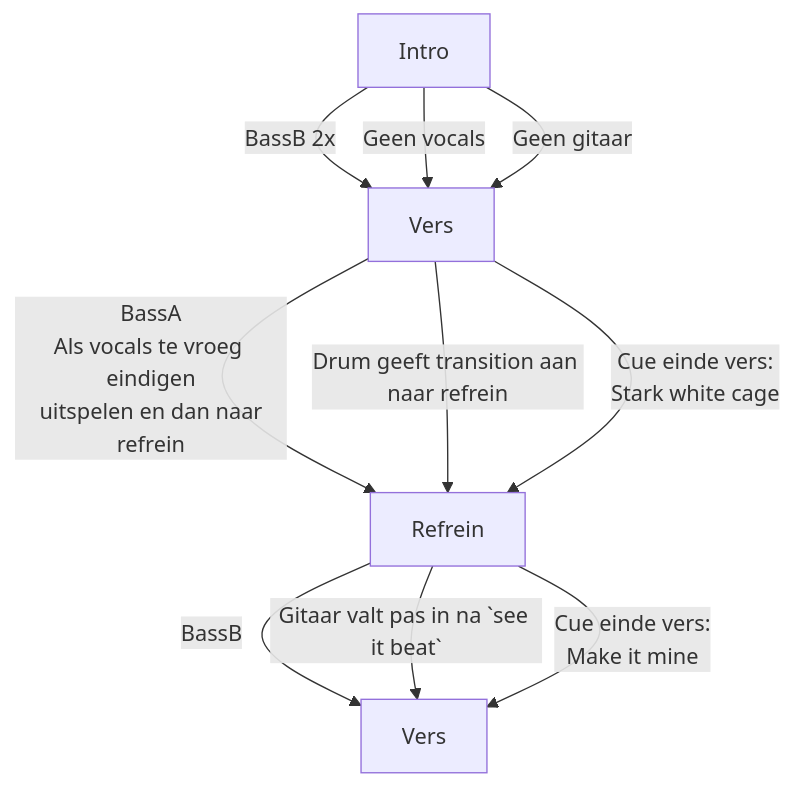
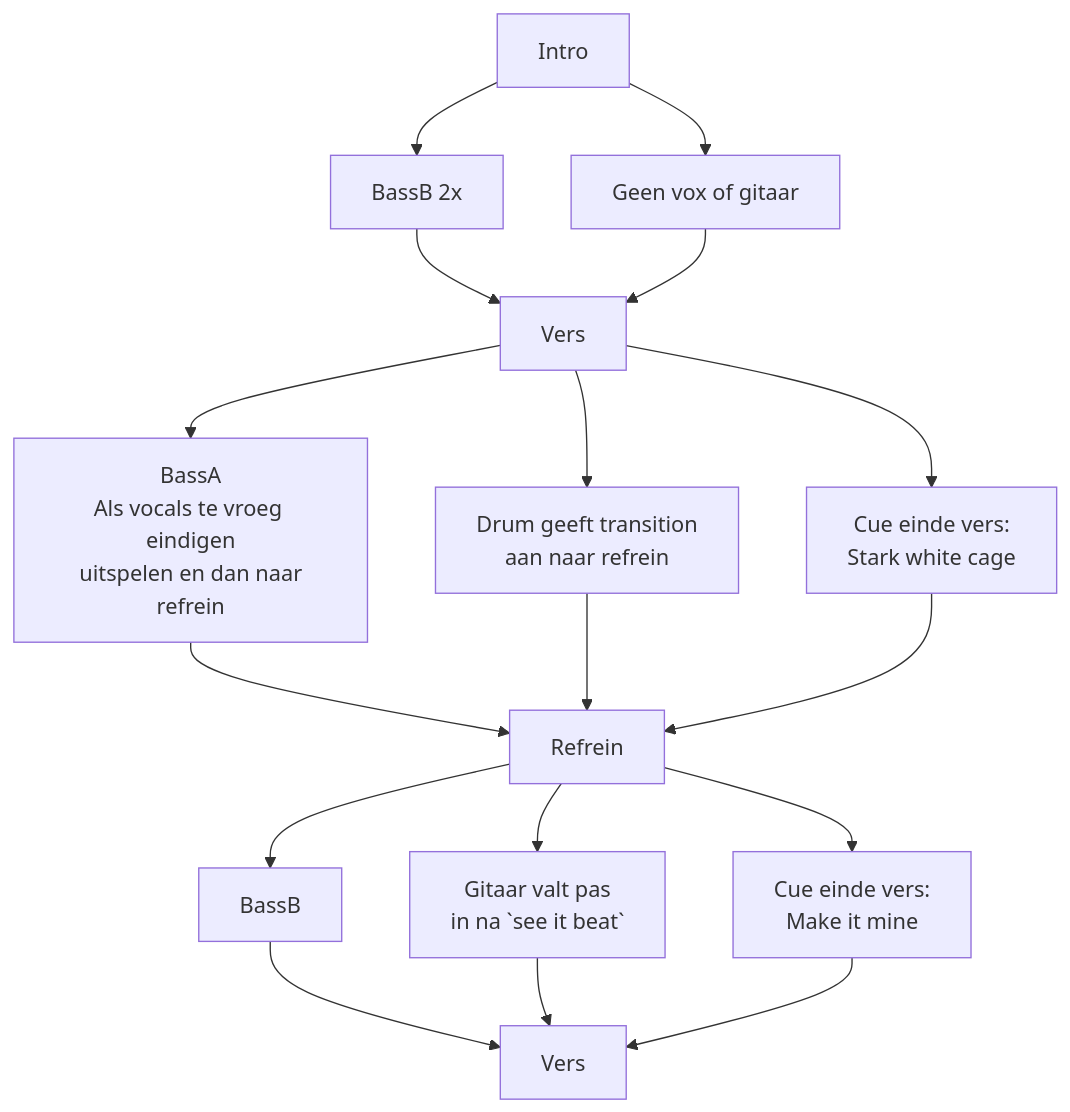
One commit to foreveryone1/ObsidianNotes changed the second of 2 diagrams in 1 notes/10 music/Sharks eat people too schemas.md. Above: the diagram before and after it, drawn with Mermaid.

Commit message:
vault backup: 2022-11-23 18:00:23

````diff
--- a/1 notes/10 music/Sharks eat people too schemas.md
+++ b/1 notes/10 music/Sharks eat people too schemas.md
@@ -13,16 +13,15 @@
 ```mermaid
 graph TD
     A[Intro]
     B[Vers]
     C[Refrein]
     D[Vers]
-    A-->|BassB 2x|B
-    A-->|Geen vocals|B
-    A-->|Geen gitaar|B
-    B-->|BassA<br>Als vocals te vroeg eindigen<br> uitspelen en dan naar refrein|C
-    B-->|Drum geeft transition aan naar refrein|C
-    B-->|Cue einde vers: <br> Stark white cage|C
-    C-->|BassB|D
-    C-->|Gitaar valt pas in na `see it beat`|D
-    C-->|Cue einde vers: <br> Make it mine|D
+    A-->IntroBass[BassB 2x]-->B
+    A-->IntroVox[Geen vox of gitaar]-->B
+    B-->VersBas[BassA<br>Als vocals te vroeg eindigen<br> uitspelen en dan naar refrein]-->C
+    B-->VersDrum[Drum geeft transition<br> aan naar refrein]--> C
+    B-->VersVocals[Cue einde vers: <br> Stark white cage]-->C
+    C-->RefreinBass[BassB]--> D
+    C-->RefreinGitaar[Gitaar valt pas <br> in na `see it beat`]-->D
+    C-->RefreinVocals[Cue einde vers: <br> Make it mine]-->D
 ```
````
